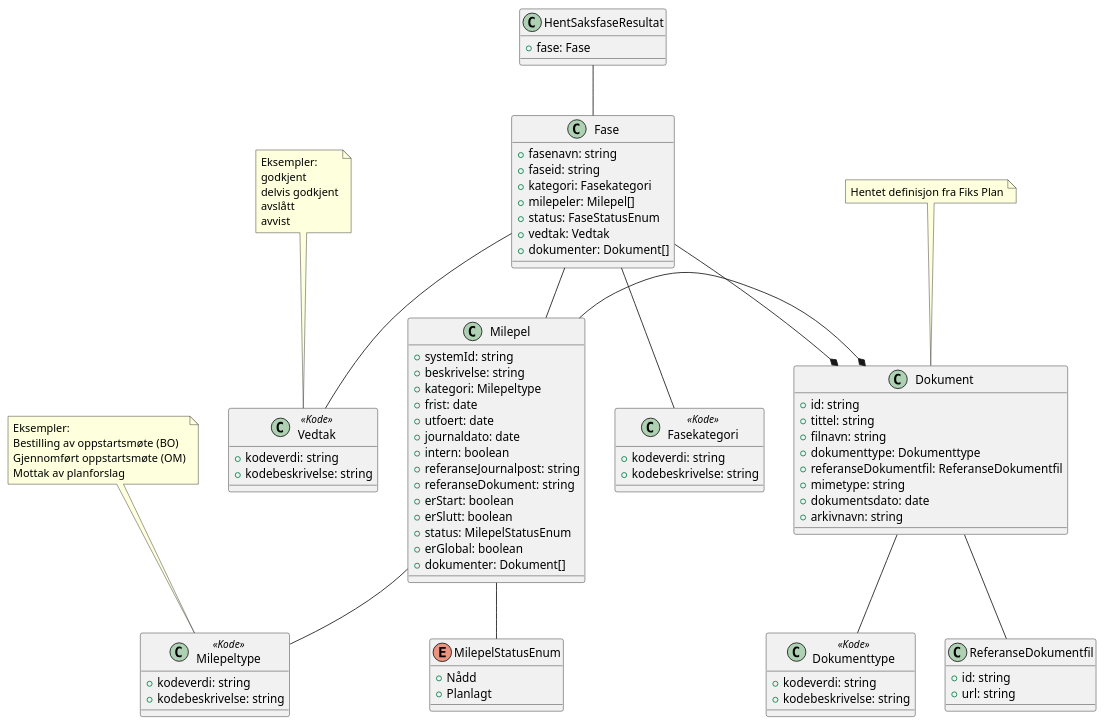
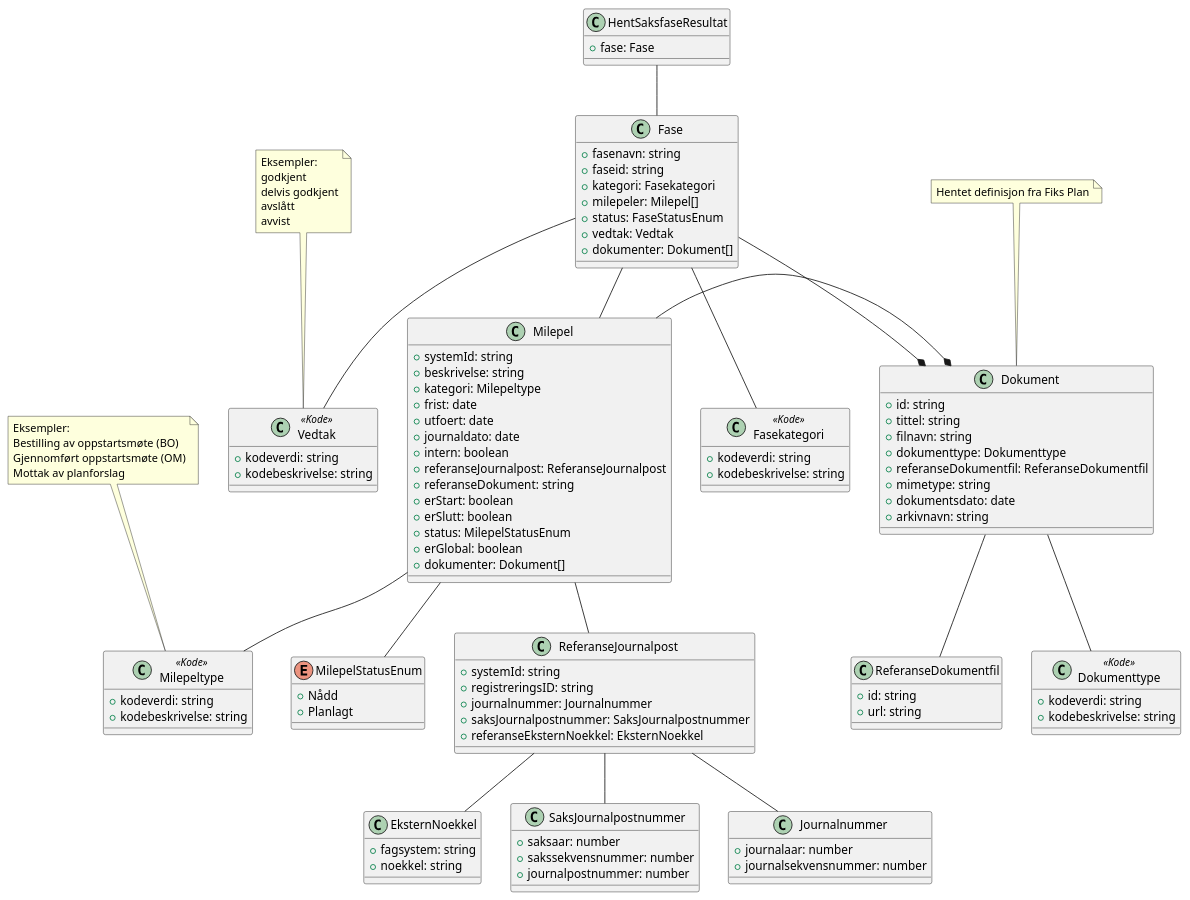
One commit to ks-no/fiks-saksfaser-specification changed the diagram in Dokumentasjon/V1/ClassDiagrams/no.ks.fiks.saksfaser.v1.saksfase.hent.resultat/classdiagram.pu. Above: the diagram before and after it, drawn with PlantUML. The commit also changed 14 other files, not shown here.

```diff
--- a/Dokumentasjon/V1/ClassDiagrams/no.ks.fiks.saksfaser.v1.saksfase.hent.resultat/classdiagram.pu
+++ b/Dokumentasjon/V1/ClassDiagrams/no.ks.fiks.saksfaser.v1.saksfase.hent.resultat/classdiagram.pu
@@ -1,97 +1,126 @@
 @startuml
 
 class HentSaksfaseResultat {
     +fase: Fase
 }
 
 HentSaksfaseResultat -- Fase
 
 class Fase {
     +fasenavn: string
     +faseid: string
     +kategori: Fasekategori
     +milepeler: Milepel[]
     +status: FaseStatusEnum
     +vedtak: Vedtak
     +dokumenter: Dokument[]
 }
 
 Fase -* Dokument
 Fase -- Milepel
 Fase -- Fasekategori
 Fase -- Vedtak
 
 note top of Vedtak : Eksempler:\ngodkjent\ndelvis godkjent\navslått\navvist 
 
 class Vedtak <<Kode>> {
     +kodeverdi: string
     +kodebeskrivelse: string
 }
 
 class Fasekategori <<Kode>> {
     +kodeverdi: string
     +kodebeskrivelse: string
 }
 
 class Milepel {
     +systemId: string
     +beskrivelse: string
     +kategori: Milepeltype
     +frist: date
     +utfoert: date
     +journaldato: date
     +intern: boolean
-    +referanseJournalpost: string
+    +referanseJournalpost: ReferanseJournalpost
     +referanseDokument: string
     +erStart: boolean
     +erSlutt: boolean
     +status: MilepelStatusEnum
     +erGlobal: boolean
     +dokumenter: Dokument[]
 }
 
 Milepel -- Milepeltype
+Milepel -- ReferanseJournalpost
 
 note top of Milepeltype : Eksempler: \nBestilling av oppstartsmøte (BO)\nGjennomført oppstartsmøte (OM)\nMottak av planforslag
  
 class Milepeltype <<Kode>> {
     +kodeverdi: string
     +kodebeskrivelse: string
+}
+
+class ReferanseJournalpost {
+    +systemId: string
+    +registreringsID: string
+    +journalnummer: Journalnummer
+    +saksJournalpostnummer: SaksJournalpostnummer
+    +referanseEksternNoekkel: EksternNoekkel
+}
+
+ReferanseJournalpost -- EksternNoekkel
+ReferanseJournalpost -- SaksJournalpostnummer
+ReferanseJournalpost -- Journalnummer
+
+class SaksJournalpostnummer {
+    +saksaar: number
+    +sakssekvensnummer: number
+    +journalpostnummer: number
+}
+
+class Journalnummer {
+    +journalaar: number
+    +journalsekvensnummer: number
+}
+
+class EksternNoekkel {
+    +fagsystem: string
+    +noekkel: string
 }
 
 
 Milepel -- MilepelStatusEnum
 Milepel -* Dokument
 
 enum MilepelStatusEnum {
     +Nådd
     +Planlagt
 }
 
 note top of Dokument : Hentet definisjon fra Fiks Plan
 
 class Dokument {
     +id: string
     +tittel: string
     +filnavn: string
     +dokumenttype: Dokumenttype
     +referanseDokumentfil: ReferanseDokumentfil
     +mimetype: string
     +dokumentsdato: date
     +arkivnavn: string
 }
 
 Dokument -- Dokumenttype
 Dokument -- ReferanseDokumentfil
 
 class Dokumenttype <<Kode>> {
     +kodeverdi: string
     +kodebeskrivelse: string
 }
 
 class ReferanseDokumentfil {
     +id: string
     +url: string
 }
 
 @enduml
```
